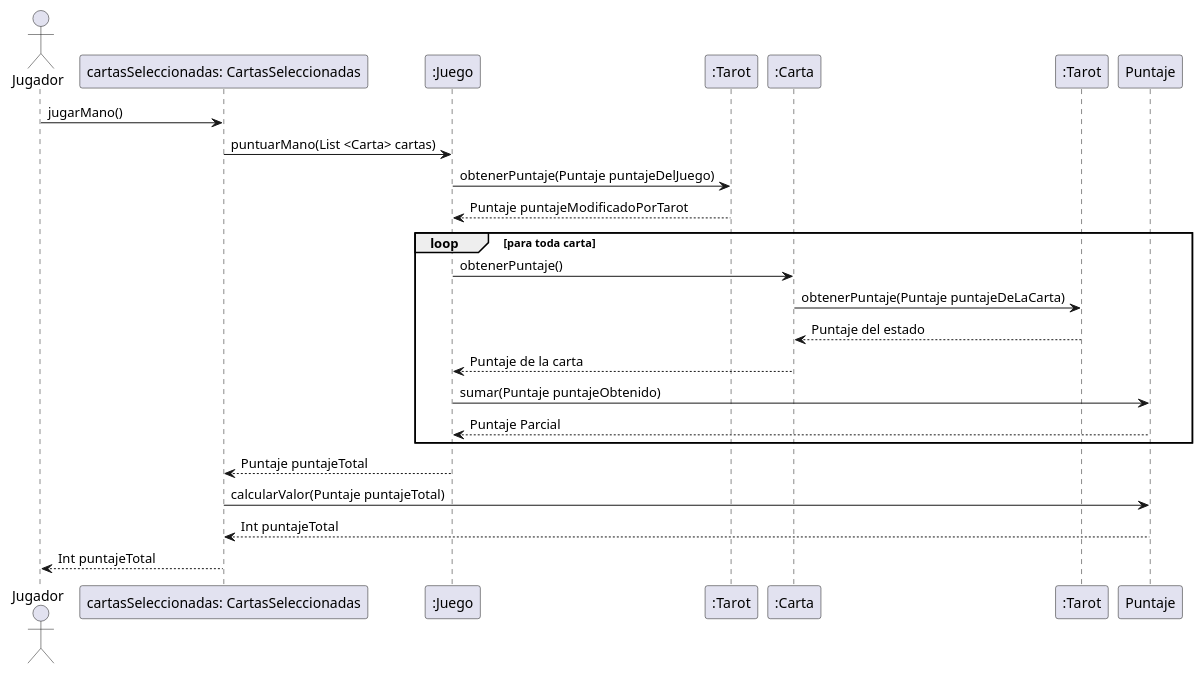
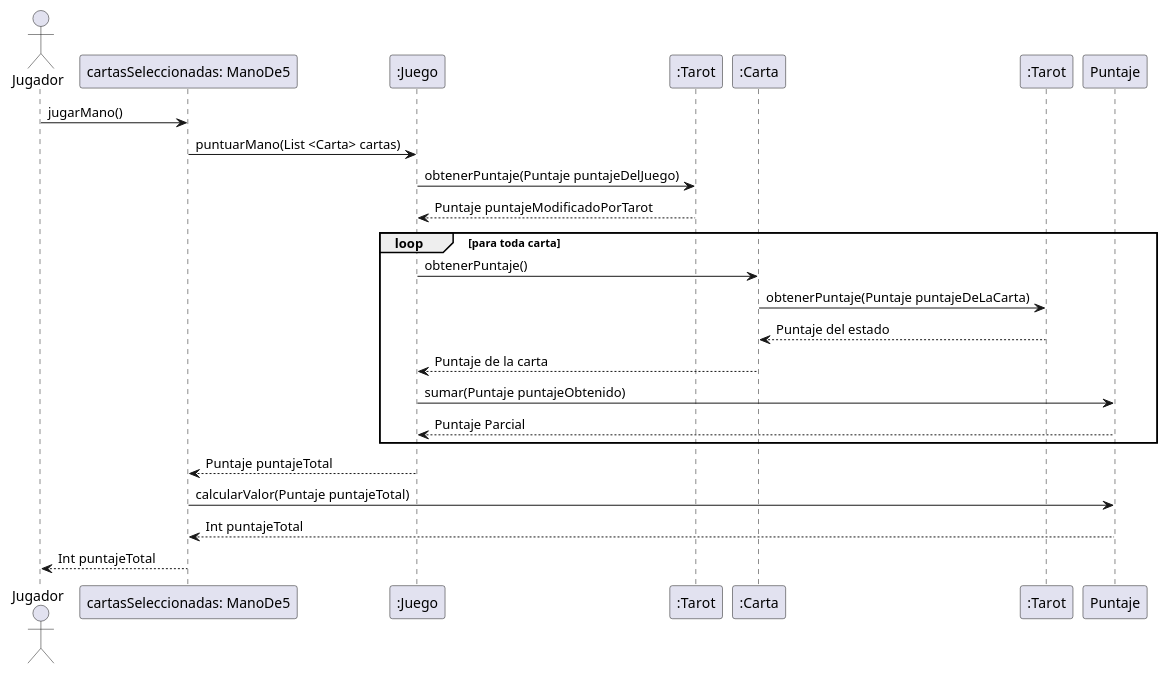
One commit to facukresta/g06-tp2-2c-2024 changed the diagram in diagrams/sequences/Asignacion_Puntaje_Mano.plantuml. Above: the diagram before and after it, drawn with PlantUML. The commit also changed 13 other files, not shown here.

```diff
--- a/diagrams/sequences/Asignacion_Puntaje_Mano.plantuml
+++ b/diagrams/sequences/Asignacion_Puntaje_Mano.plantuml
@@ -1,21 +1,21 @@
 @startuml
 
 actor Jugador
-Jugador -> "cartasSeleccionadas: CartasSeleccionadas" as CartasSeleccionadas : jugarMano()
+Jugador -> "cartasSeleccionadas: ManoDe5" as CartasSeleccionadas : jugarMano()
 CartasSeleccionadas -> ":Juego" as Juego :puntuarMano(List <Carta> cartas)
 Juego -> ":Tarot" as Tarot: obtenerPuntaje(Puntaje puntajeDelJuego)
 Juego <-- Tarot: Puntaje puntajeModificadoPorTarot
 loop para toda carta
 Juego -> ":Carta" as Carta :obtenerPuntaje()
 Carta -> ":Tarot" as TarotDeLaCarta :obtenerPuntaje(Puntaje puntajeDeLaCarta)
 Carta  <-- TarotDeLaCarta :Puntaje del estado
 Juego <-- Carta :Puntaje de la carta
 Juego -> Puntaje: sumar(Puntaje puntajeObtenido)
 Juego <-- Puntaje : Puntaje Parcial
 end
 
 CartasSeleccionadas <-- Juego : Puntaje puntajeTotal
 CartasSeleccionadas -> Puntaje : calcularValor(Puntaje puntajeTotal)
 CartasSeleccionadas <-- Puntaje : Int puntajeTotal
 Jugador <-- CartasSeleccionadas : Int puntajeTotal
 @enduml
```
